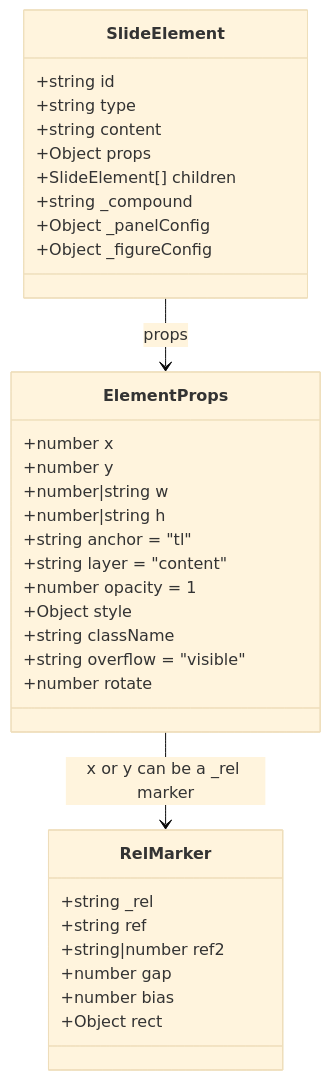
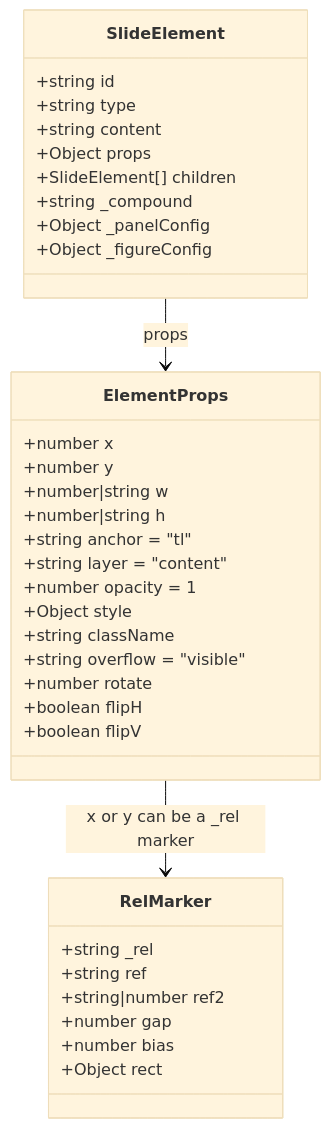
The third of 14 diagrams in docs/for_devs/ARCHITECTURE.md (cabird/slidekit), drawn with Mermaid (base theme) before and after one commit. The commit also changed other lines of this file and 12 other files, not shown here.

````diff
--- a/docs/for_devs/ARCHITECTURE.md
+++ b/docs/for_devs/ARCHITECTURE.md
@@ -134,39 +134,41 @@
 ```mermaid
 classDiagram
     class SlideElement {
         +string id
         +string type
         +string content
         +Object props
         +SlideElement[] children
         +string _compound
         +Object _panelConfig
         +Object _figureConfig
     }
 
     class ElementProps {
         +number x
         +number y
         +number|string w
         +number|string h
         +string anchor = "tl"
         +string layer = "content"
         +number opacity = 1
         +Object style
         +string className
         +string overflow = "visible"
         +number rotate
+        +boolean flipH
+        +boolean flipV
     }
 
     class RelMarker {
         +string _rel
         +string ref
         +string|number ref2
         +number gap
         +number bias
         +Object rect
     }
 
     SlideElement --> ElementProps : props
     ElementProps --> RelMarker : x or y can be a _rel marker
 ```
````
